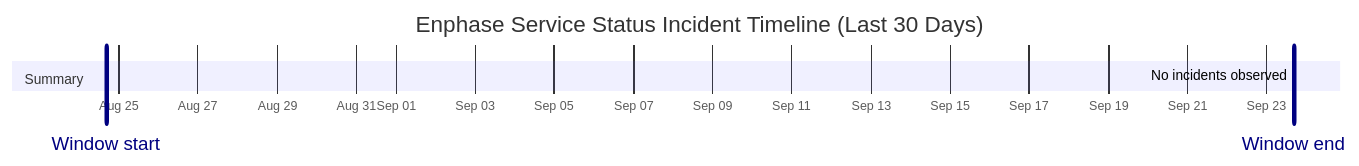
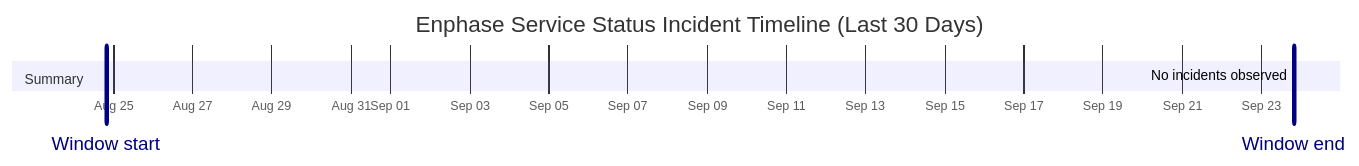
One commit to barneyonline/ha-enphase-energy changed the diagram in wiki/Service-Status-History.md. Above: the diagram before and after it, drawn with Mermaid. The commit also changed other lines of this file and 3 other files, not shown here.

````diff
--- a/wiki/Service-Status-History.md
+++ b/wiki/Service-Status-History.md
@@ -14,10 +14,10 @@
 ```mermaid
 gantt
     title Enphase Service Status Incident Timeline (Last 30 Days)
     dateFormat  YYYY-MM-DDTHH:mm:ss
     axisFormat  %b %d
-    Window start :vert, window-start, 2026-08-24T16:20:31, 0ms
-    Window end :vert, window-end, 2026-09-23T16:20:31, 0ms
+    Window start :vert, window-start, 2026-08-24T19:44:59, 0ms
+    Window end :vert, window-end, 2026-09-23T19:44:59, 0ms
     section Summary
-    No incidents observed :done, 2026-09-23T16:20:31, 1m
+    No incidents observed :done, 2026-09-23T19:44:59, 1m
 ```
````
